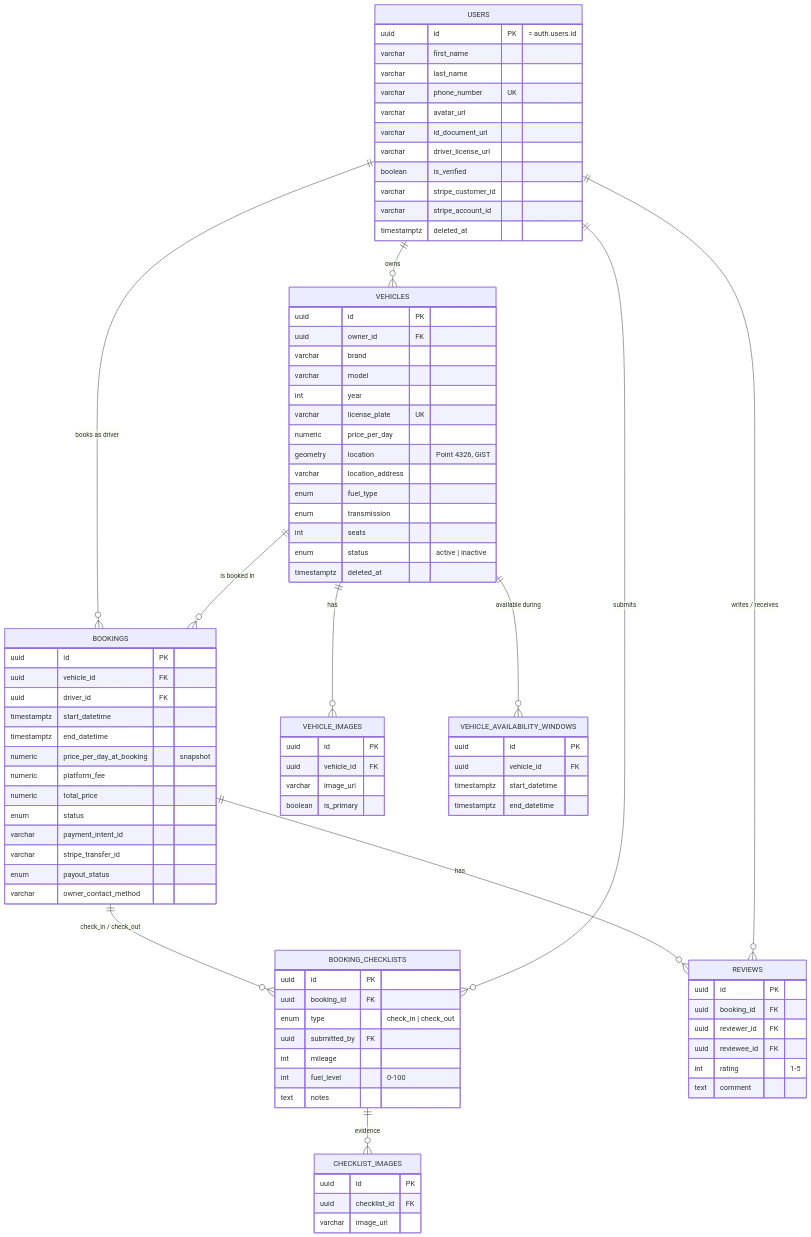
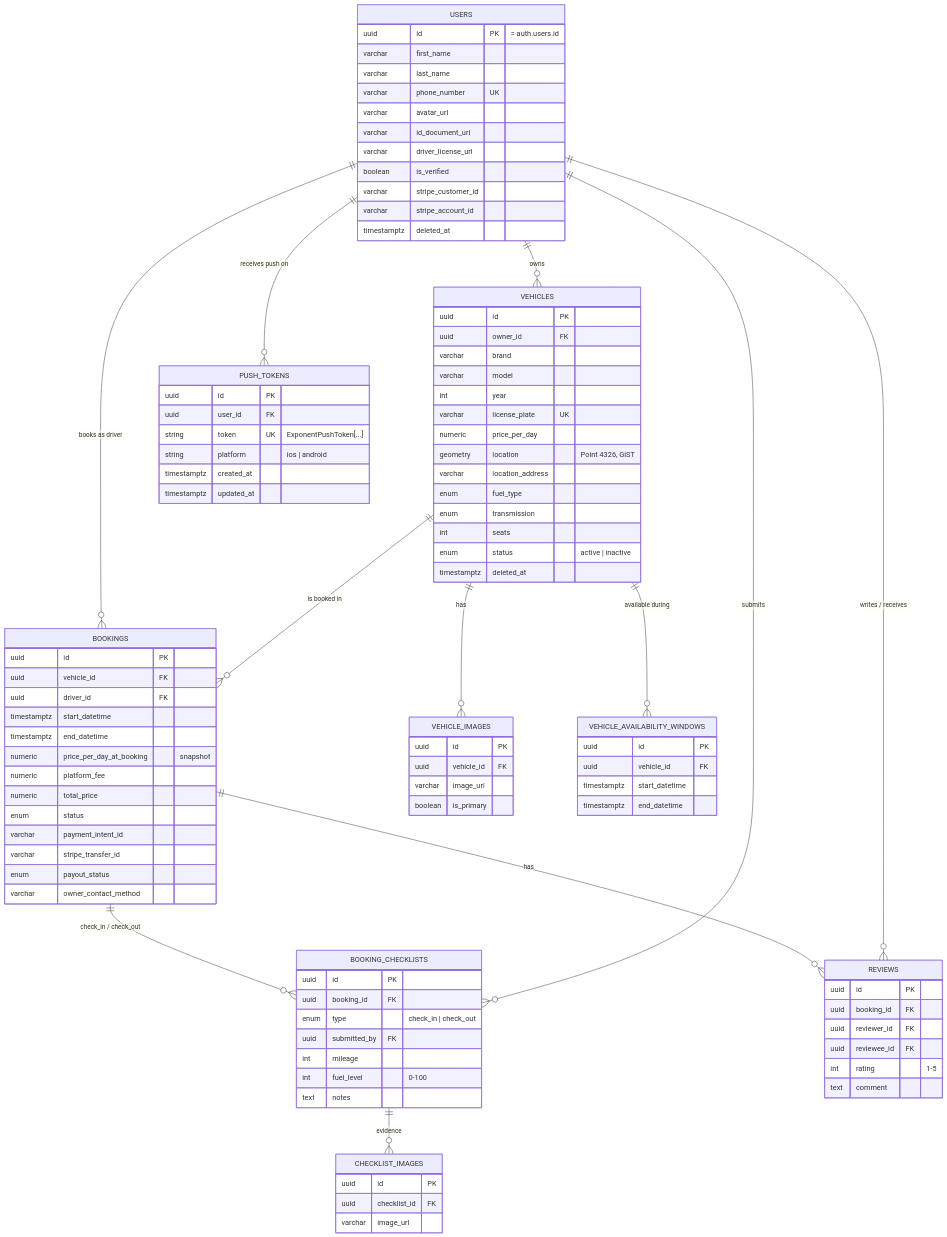
One commit to aadl6-ua/lynkdrive changed the third of 3 diagrams in README.md. Above: the diagram before and after it, drawn with Mermaid. The commit also changed other lines of this file and 3 other files, not shown here.

````diff
--- a/README.md
+++ b/README.md
@@ -210,6 +213,7 @@
     VEHICLES ||--o{ BOOKINGS : "is booked in"
     BOOKINGS ||--o{ BOOKING_CHECKLISTS : "check_in / check_out"
     BOOKING_CHECKLISTS ||--o{ CHECKLIST_IMAGES : "evidence"
+    USERS ||--o{ PUSH_TOKENS : "receives push on"
     BOOKINGS ||--o{ REVIEWS : has
     USERS ||--o{ BOOKING_CHECKLISTS : submits
     USERS ||--o{ REVIEWS : "writes / receives"
@@ -292,4 +296,12 @@
         int rating "1-5"
         text comment
     }
+    PUSH_TOKENS {
+        uuid id PK
+        uuid user_id FK
+        string token UK "ExponentPushToken[...]"
+        string platform "ios | android"
+        timestamptz created_at
+        timestamptz updated_at
+    }
 ```
````
